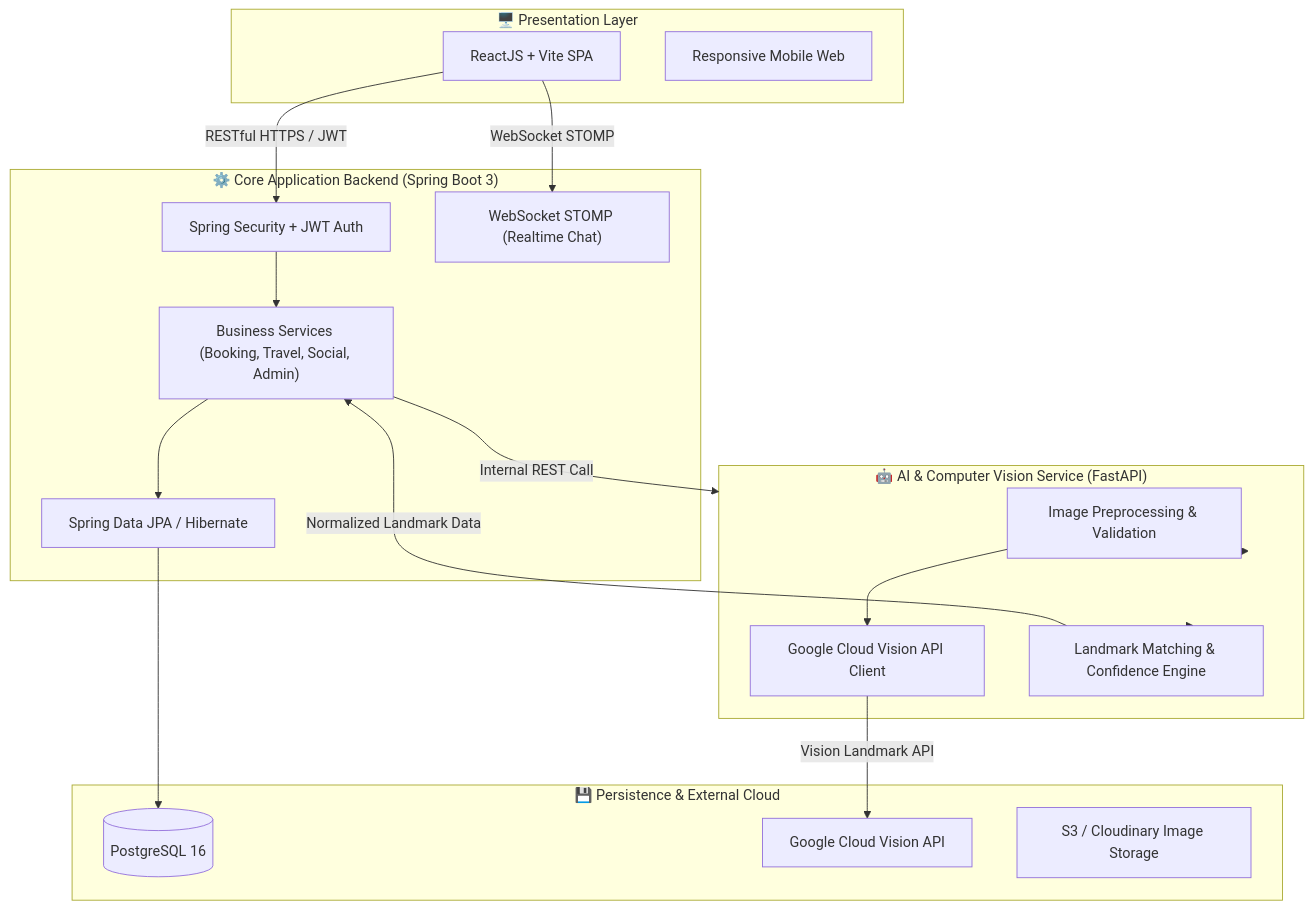
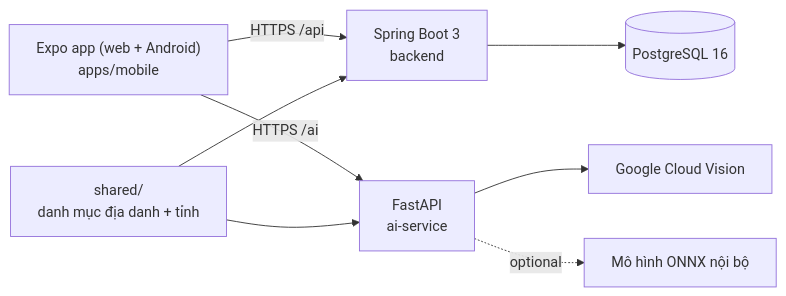
Before and after one commit to AtelierMizumi/TravelAI: the diagram in README.md, drawn with Mermaid. The commit also changed other lines of this file and 12 other files, not shown here.

````diff
--- a/README.md
+++ b/README.md
@@ -18,39 +11,10 @@
 ```mermaid
-flowchart TD
-    subgraph Client["🖥️ Presentation Layer"]
-        UI["ReactJS + Vite SPA"]
-        Mobile["Responsive Mobile Web"]
-    end
-
-    subgraph GatewayCore["⚙️ Core Application Backend (Spring Boot 3)"]
-        Security["Spring Security + JWT Auth"]
-        BizLogic["Business Services (Booking, Travel, Social, Admin)"]
-        WS["WebSocket STOMP (Realtime Chat)"]
-        JPA["Spring Data JPA / Hibernate"]
-    end
-
-    subgraph AIService["🤖 AI & Computer Vision Service (FastAPI)"]
-        Preproc["Image Preprocessing & Validation"]
-        GVision["Google Cloud Vision API Client"]
-        Mapper["Landmark Matching & Confidence Engine"]
-    end
-
-    subgraph Storage["💾 Persistence & External Cloud"]
-        DB[("PostgreSQL 16")]
-        GCP["Google Cloud Vision API"]
-        CloudStorage["S3 / Cloudinary Image Storage"]
-    end
-
-    UI -->|RESTful HTTPS / JWT| Security
-    UI -->|WebSocket STOMP| WS
-    Security --> BizLogic
-    BizLogic --> JPA
-    JPA --> DB
-
-    BizLogic -->|Internal REST Call| AIService
-    AIService --> Preproc
-    Preproc --> GVision
-    GVision -->|Vision Landmark API| GCP
-    AIService --> Mapper
-    Mapper -->|Normalized Landmark Data| BizLogic
+flowchart LR
+    App["Expo app (web + Android)<br/>apps/mobile"] -->|HTTPS /api| Backend["Spring Boot 3<br/>backend"]
+    App -->|HTTPS /ai| AI["FastAPI<br/>ai-service"]
+    Backend --> DB[("PostgreSQL 16")]
+    AI --> Vision["Google Cloud Vision"]
+    AI -.optional.-> Model["Mô hình ONNX nội bộ"]
+    Shared["shared/<br/>danh mục địa danh + tỉnh"] --> Backend
+    Shared --> AI
 ```
````
